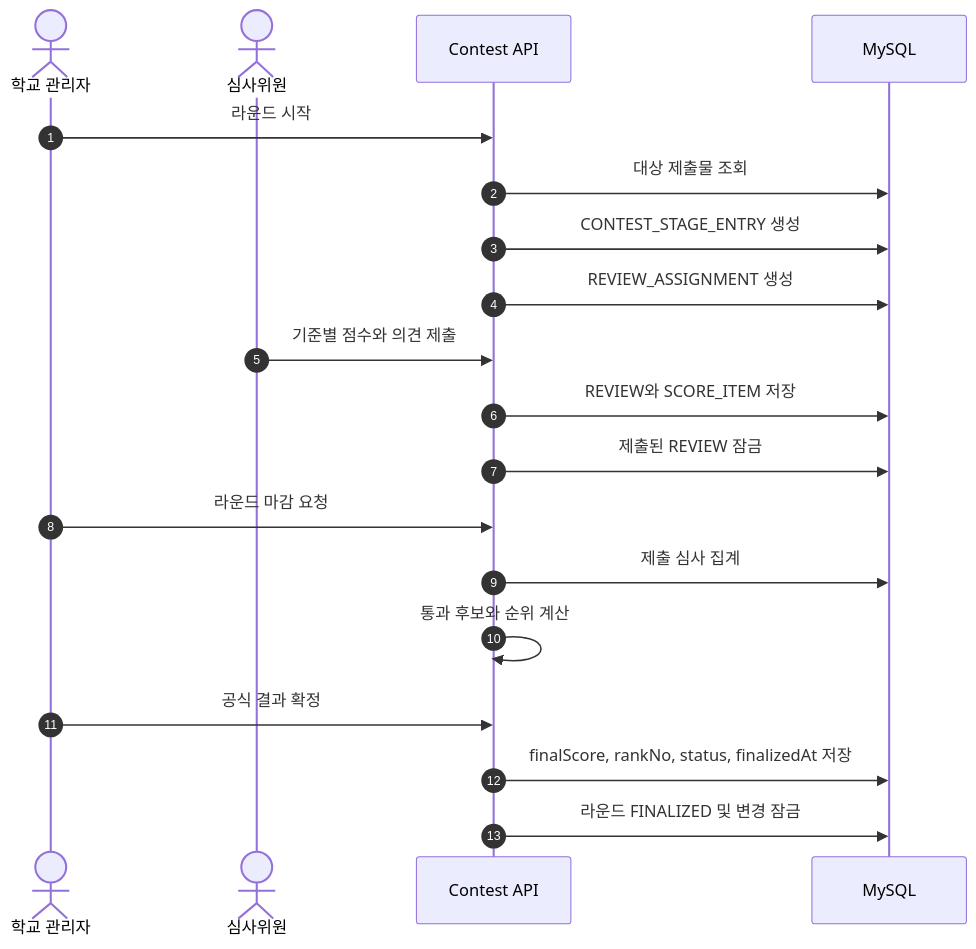
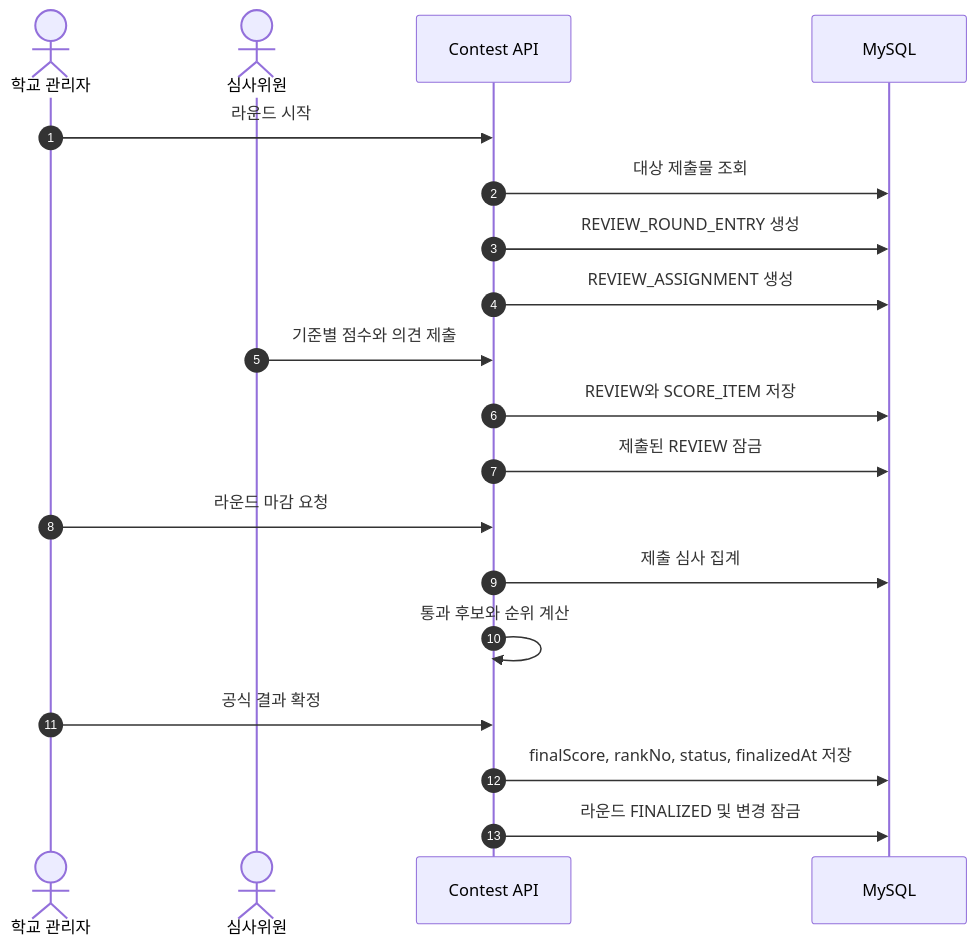
Before and after one commit to Tok-Baro/Trekkey_BackEnd: the fourth of 16 diagrams in docs/erd-mvp.md, drawn with Mermaid. The commit also changed other lines of this file and 8 other files, not shown here.

Commit message:
docs: align ERD and prepare integration meeting

````diff
--- a/docs/erd-mvp.md
+++ b/docs/erd-mvp.md
@@ -181,22 +179,22 @@
 ```mermaid
 sequenceDiagram
     autonumber
     actor Admin as 학교 관리자
     actor Judge as 심사위원
     participant API as Contest API
     participant DB as MySQL
 
     Admin->>API: 라운드 시작
     API->>DB: 대상 제출물 조회
-    API->>DB: CONTEST_STAGE_ENTRY 생성
+    API->>DB: REVIEW_ROUND_ENTRY 생성
     API->>DB: REVIEW_ASSIGNMENT 생성
     Judge->>API: 기준별 점수와 의견 제출
     API->>DB: REVIEW와 SCORE_ITEM 저장
     API->>DB: 제출된 REVIEW 잠금
     Admin->>API: 라운드 마감 요청
     API->>DB: 제출 심사 집계
     API->>API: 통과 후보와 순위 계산
     Admin->>API: 공식 결과 확정
     API->>DB: finalScore, rankNo, status, finalizedAt 저장
     API->>DB: 라운드 FINALIZED 및 변경 잠금
 ```
````
